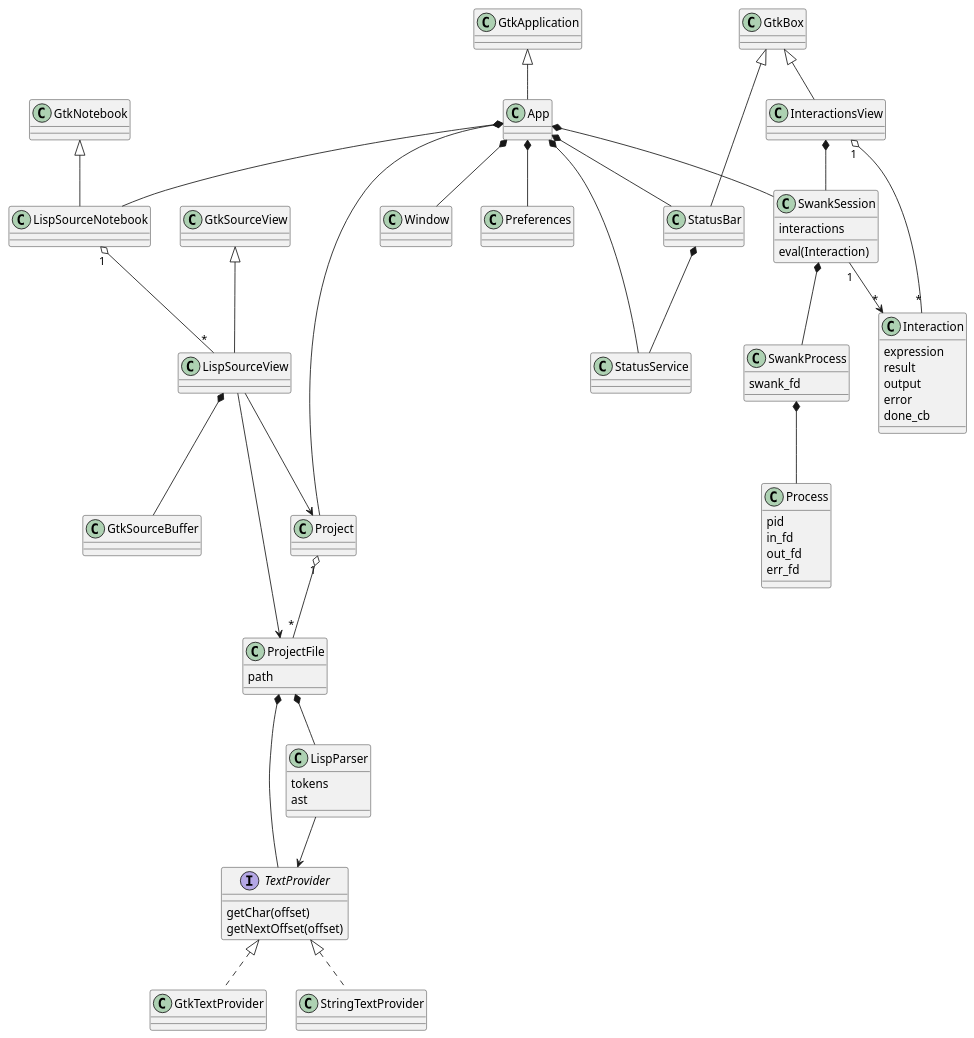
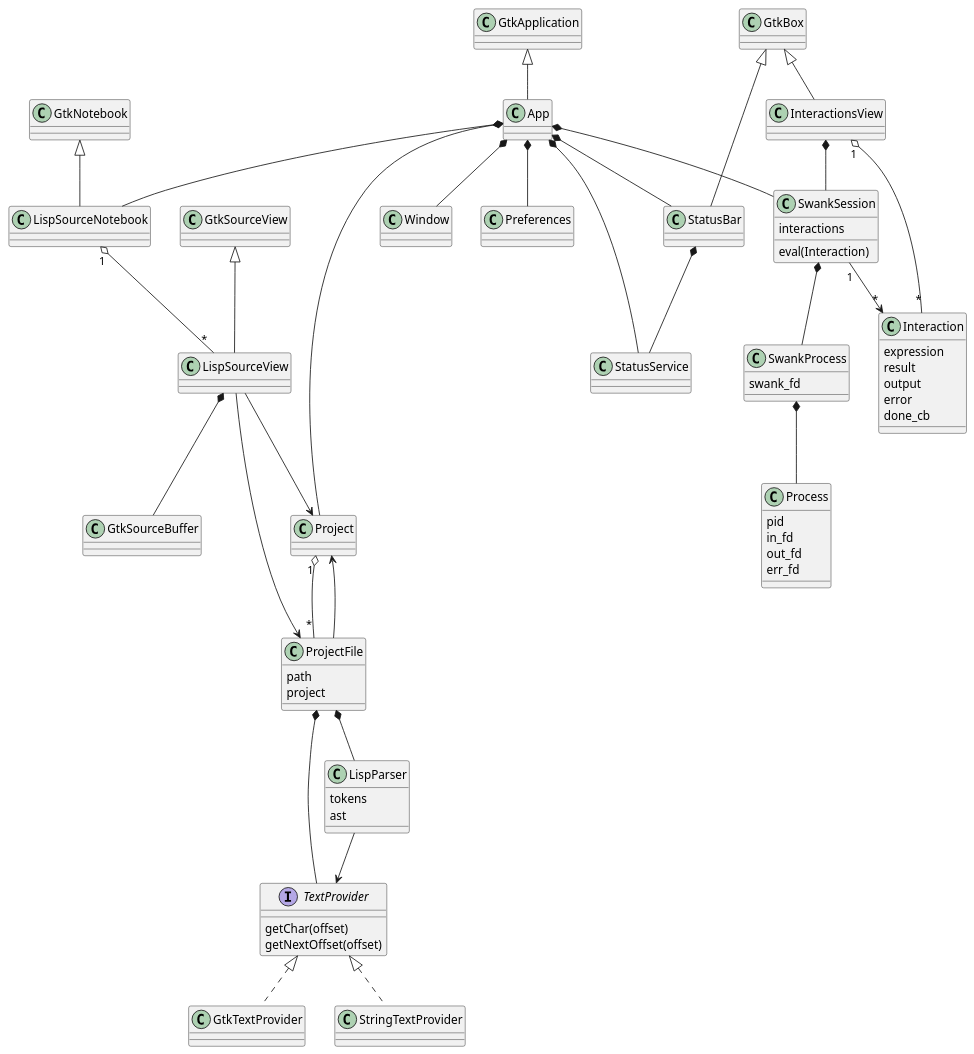
One commit to JeromeA/glide changed the diagram in doc/classes.plantuml. Above: the diagram before and after it, drawn with PlantUML. The commit also changed 11 other files, not shown here.

```diff
--- a/doc/classes.plantuml
+++ b/doc/classes.plantuml
@@ -1,56 +1,58 @@
 @startuml
 
 GtkApplication <|-- App
 App *-- Project
 App *-- SwankSession
 App *-- Window
 App *-- LispSourceNotebook
 App *-- Preferences
 App *-- StatusBar
 App *-- StatusService
 StatusBar *-- StatusService
 
 GtkSourceView <|-- LispSourceView
 LispSourceView *-- GtkSourceBuffer
 LispSourceView --> Project
 LispSourceView --> ProjectFile
 GtkNotebook <|-- LispSourceNotebook
 LispSourceNotebook "1" o-- "*" LispSourceView
 
 Project "1" o-- "*" ProjectFile
 
 ProjectFile *-- LispParser
 ProjectFile *-- TextProvider
 ProjectFile : path
+ProjectFile : project
+ProjectFile --> Project
 
 GtkBox <|-- InteractionsView
 GtkBox <|-- StatusBar
 InteractionsView "1" o-- "*" Interaction
 InteractionsView *-- SwankSession
 Interaction : expression
 Interaction : result
 Interaction : output
 Interaction : error
 Interaction : done_cb
 SwankSession : eval(Interaction)
 SwankSession : interactions
 SwankSession "1" --> "*" Interaction
 SwankSession *-- SwankProcess
 SwankProcess *-- Process
 SwankProcess : swank_fd
 
 Process : pid
 Process : in_fd
 Process : out_fd
 Process : err_fd
 
 LispParser : tokens
 LispParser : ast
 LispParser --> TextProvider
 interface TextProvider
 TextProvider <|.. GtkTextProvider
 TextProvider <|.. StringTextProvider
 TextProvider : getChar(offset)
 TextProvider : getNextOffset(offset)
 
 @enduml
```
